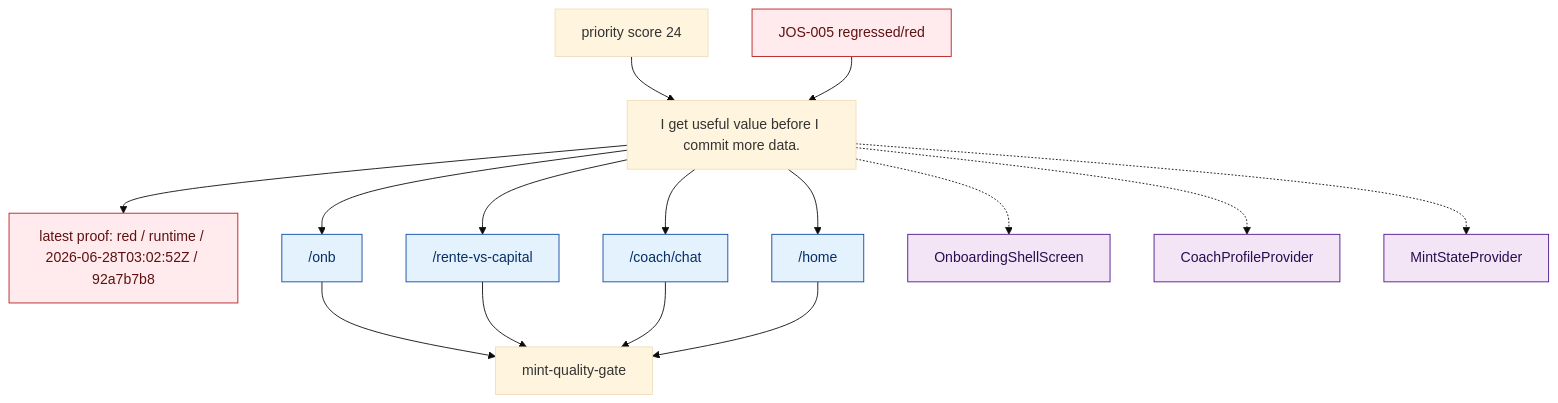
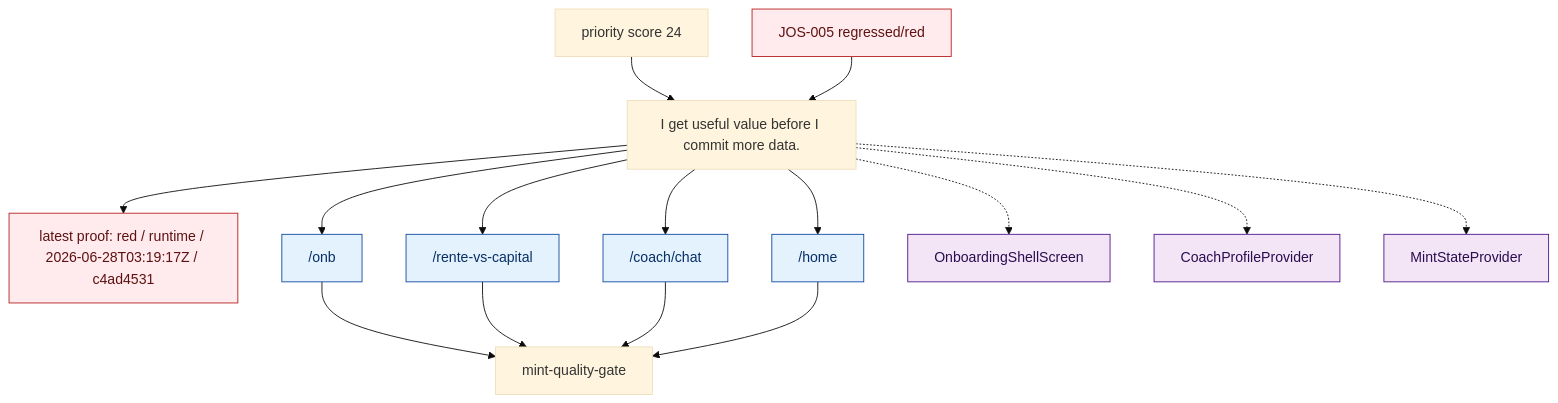
Before and after one commit to MINT-IA/MINT: the diagram in .planning/journeys/diagrams/onboarding_first_value.mmd, drawn with Mermaid (base theme). The commit also changed 8 other files, not shown here.

```diff
--- a/.planning/journeys/diagrams/onboarding_first_value.mmd
+++ b/.planning/journeys/diagrams/onboarding_first_value.mmd
@@ -1,45 +1,45 @@
 %% Generated from .planning/journeys/records/onboarding_first_value.json
 flowchart TD
   promise["I get useful value before I commit more data."]
   team["mint-quality-gate"]
-  latest["latest proof: red / runtime / 2026-06-28T03:02:52Z / 92a7b7b8"]
+  latest["latest proof: red / runtime / 2026-06-28T03:19:17Z / c4ad4531"]
   promise --> latest
   classDef green fill:#e8f5e9,stroke:#1b5e20,color:#0b3d1a;
   classDef red fill:#ffebee,stroke:#b71c1c,color:#5f1111;
   classDef amber fill:#fff8e1,stroke:#ff8f00,color:#5f3b00;
   classDef blocked fill:#eceff1,stroke:#455a64,color:#263238;
   classDef neutral fill:#f5f5f5,stroke:#616161,color:#212121;
   classDef route fill:#e3f2fd,stroke:#0d47a1,color:#082f66;
   classDef surface fill:#f3e5f5,stroke:#4a148c,color:#2b0d52;
   classDef api fill:#e0f2f1,stroke:#00695c,color:#003d35;
   class latest red
   priority["priority score 24"]
   priority --> promise
   route_onb["/onb"]
   promise --> route_onb
   route_onb --> team
   class route_onb route
   route_rente_vs_capital["/rente-vs-capital"]
   promise --> route_rente_vs_capital
   route_rente_vs_capital --> team
   class route_rente_vs_capital route
   route_coach_chat["/coach/chat"]
   promise --> route_coach_chat
   route_coach_chat --> team
   class route_coach_chat route
   route_home["/home"]
   promise --> route_home
   route_home --> team
   class route_home route
   surface_OnboardingShellScreen["OnboardingShellScreen"]
   promise -.-> surface_OnboardingShellScreen
   class surface_OnboardingShellScreen surface
   surface_CoachProfileProvider["CoachProfileProvider"]
   promise -.-> surface_CoachProfileProvider
   class surface_CoachProfileProvider surface
   surface_MintStateProvider["MintStateProvider"]
   promise -.-> surface_MintStateProvider
   class surface_MintStateProvider surface
   issue_JOS_005["JOS-005 regressed/red"]
   issue_JOS_005 --> promise
   class issue_JOS_005 red
```
